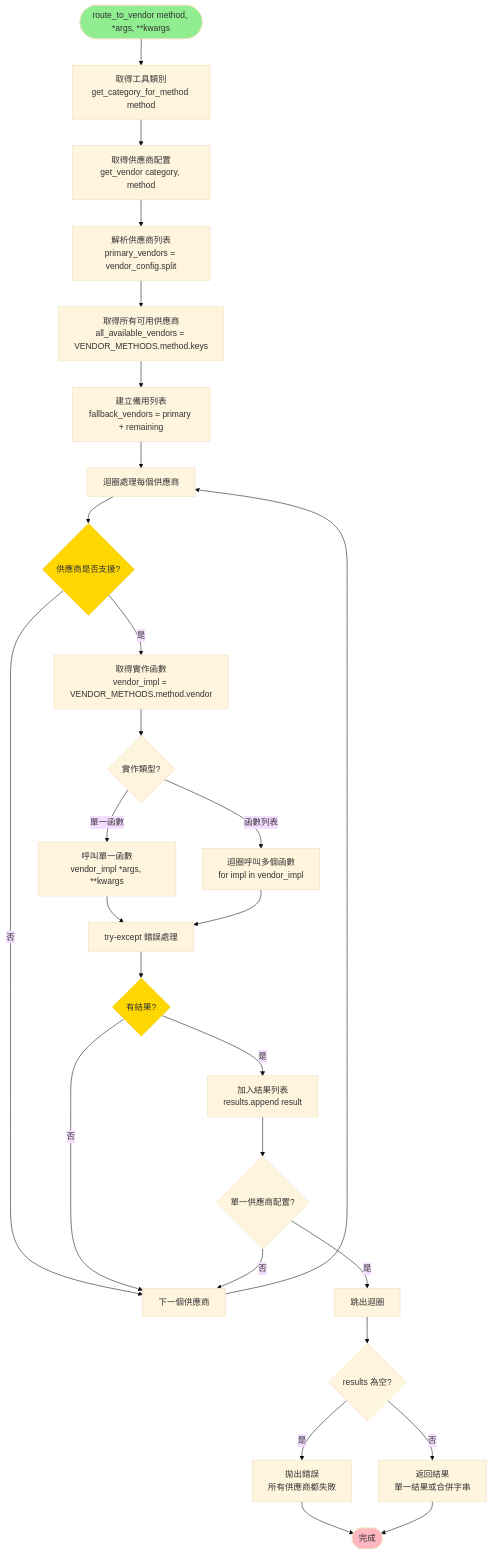
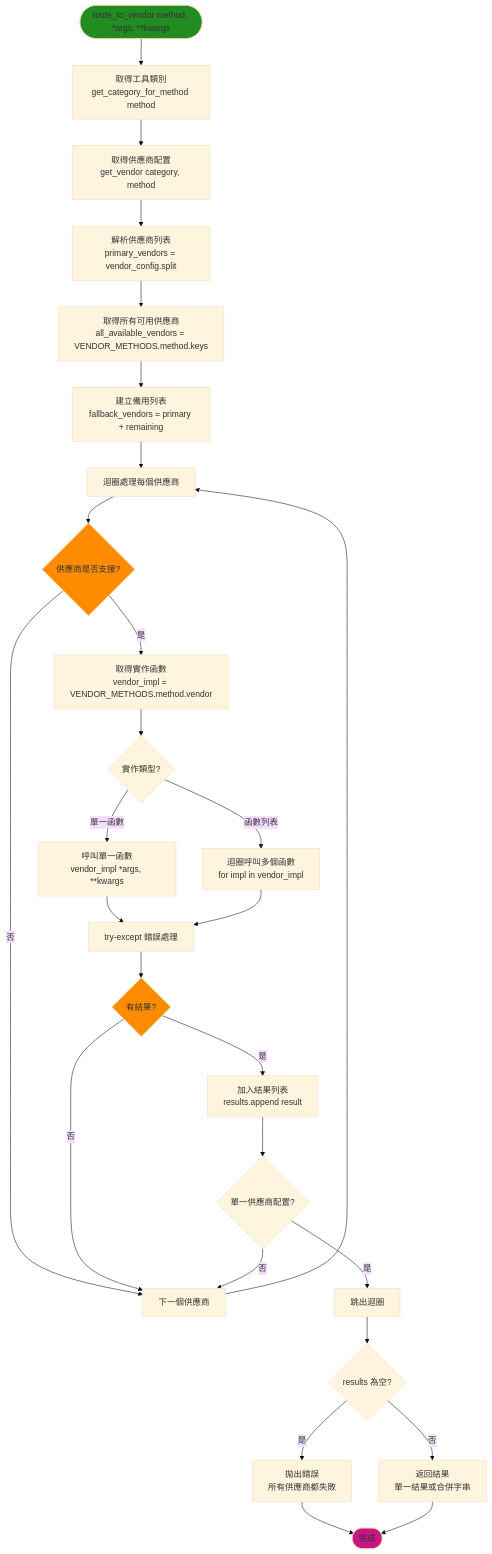
Before and after one commit to chitienshih-wq/Git_Test: diagram 11 of 19 in 流程圖.md, drawn with Mermaid (base theme). The commit also changed other lines of this file, not shown here.

````diff
--- a/流程圖.md
+++ b/流程圖.md
@@ -357,52 +357,52 @@
 ```mermaid
 flowchart TD
     Start([route_to_vendor method, *args, **kwargs]) --> GetCategory[取得工具類別<br/>get_category_for_method method]
     
     GetCategory --> GetVendorConfig[取得供應商配置<br/>get_vendor category, method]
     
     GetVendorConfig --> ParseVendors[解析供應商列表<br/>primary_vendors = vendor_config.split]
     
     ParseVendors --> GetAvailableVendors[取得所有可用供應商<br/>all_available_vendors = VENDOR_METHODS.method.keys]
     
     GetAvailableVendors --> CreateFallbackList[建立備用列表<br/>fallback_vendors = primary + remaining]
     
     CreateFallbackList --> LoopVendors[迴圈處理每個供應商]
     
     LoopVendors --> CheckVendorSupported{供應商是否支援?}
     
     CheckVendorSupported -->|否| NextVendor[下一個供應商]
     CheckVendorSupported -->|是| GetImpl[取得實作函數<br/>vendor_impl = VENDOR_METHODS.method.vendor]
     
     GetImpl --> CheckImplType{實作類型?}
     
     CheckImplType -->|單一函數| CallSingle[呼叫單一函數<br/>vendor_impl *args, **kwargs]
     CheckImplType -->|函數列表| CallMultiple[迴圈呼叫多個函數<br/>for impl in vendor_impl]
     
     CallSingle --> TryCatch[try-except 錯誤處理]
     CallMultiple --> TryCatch
     
     TryCatch --> CheckResult{有結果?}
     
     CheckResult -->|是| AddResult[加入結果列表<br/>results.append result]
     CheckResult -->|否| NextVendor
     
     AddResult --> CheckSingleVendor{單一供應商配置?}
     
     CheckSingleVendor -->|是| BreakLoop[跳出迴圈]
     CheckSingleVendor -->|否| NextVendor
     
     NextVendor --> LoopVendors
     
     BreakLoop --> CheckResults{results 為空?}
     
     CheckResults -->|是| RaiseError[拋出錯誤<br/>所有供應商都失敗]
     CheckResults -->|否| ReturnResult[返回結果<br/>單一結果或合併字串]
     
     RaiseError --> End
     ReturnResult --> End([完成])
     
-    style Start fill:#90EE90
-    style End fill:#FFB6C1
-    style CheckVendorSupported fill:#FFD700
-    style CheckResult fill:#FFD700
+    style Start fill:#228B22
+    style End fill:#C71585
+    style CheckVendorSupported fill:#FF8C00
+    style CheckResult fill:#FF8C00
 ```
````
